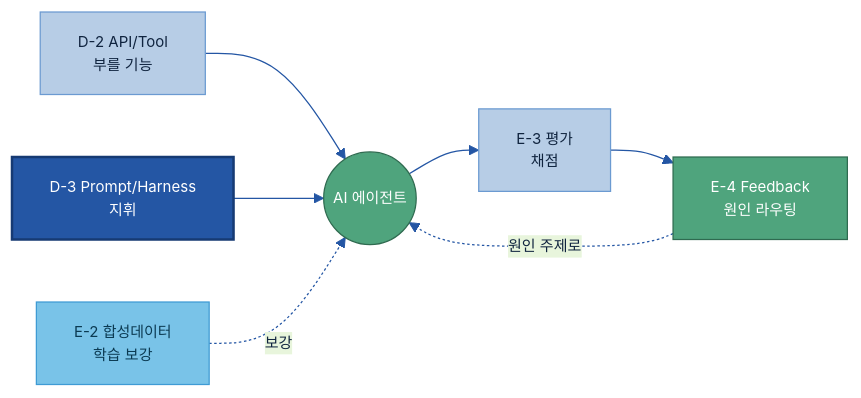
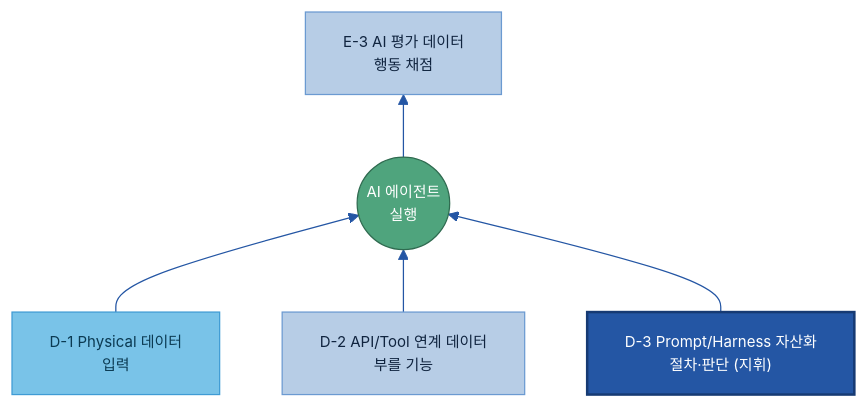
The fifth of 7 diagrams in 전체 목차/00 전체 목차 (20개 주제).md (jin-kearney/ai-ready-data-manual), drawn with Mermaid before and after one commit. The commit also changed other lines of this file and 1 other file, not shown here.

````diff
--- a/전체 목차/00 전체 목차 (20개 주제).md
+++ b/전체 목차/00 전체 목차 (20개 주제).md
@@ -139,13 +135,12 @@
 ```mermaid
 %%{init: {'theme':'base','themeVariables':{'primaryColor':'#DCE8F5','primaryBorderColor':'#2456A4','primaryTextColor':'#10243f','lineColor':'#2456A4','fontSize':'12px'}}}%%
-flowchart LR
-    TOOL["D-2 API/Tool<br/>부를 기능"]:::n --> AG
-    PROM["D-3 Prompt/Harness<br/>지휘"]:::cat --> AG(("AI 에이전트")):::loop
-    SYN["E-2 합성데이터<br/>학습 보강"]:::src -.보강.-> AG
-    AG --> EV["E-3 평가<br/>채점"]:::n --> FB["E-4 Feedback<br/>원인 라우팅"]:::loop
-    FB -.원인 주제로.-> AG
+flowchart BT
+    PHY["D-1 Physical 데이터<br/>입력"]:::src --> AGENT
+    TOOL["D-2 API/Tool 연계 데이터<br/>부를 기능"]:::n --> AGENT
+    PROM["D-3 Prompt/Harness 자산화<br/>절차·판단 (지휘)"]:::cat --> AGENT(("AI 에이전트<br/>실행")):::loop
+    AGENT --> EVAL["E-3 AI 평가 데이터<br/>행동 채점"]:::n
     classDef n fill:#B7CDE6,stroke:#6B9AD1,color:#10243f;
     classDef src fill:#79C3E8,stroke:#3F9BD4,color:#0b3a52;
     classDef cat fill:#2456A4,color:#fff,stroke:#163a73,stroke-width:2px;
     classDef loop fill:#4FA47D,stroke:#2f6b50,color:#fff;
 ```
````
